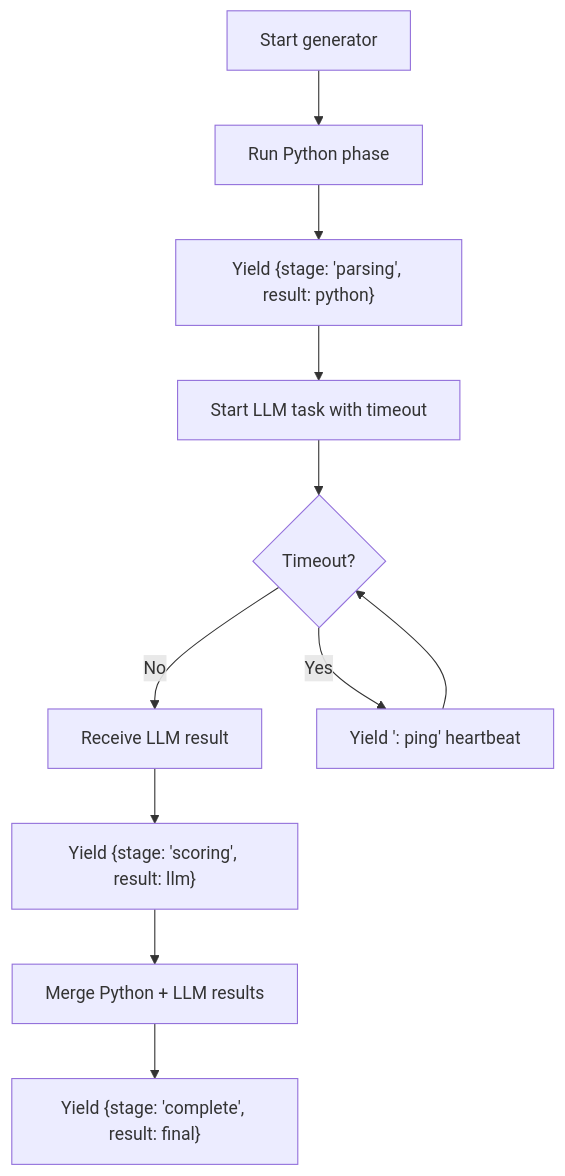
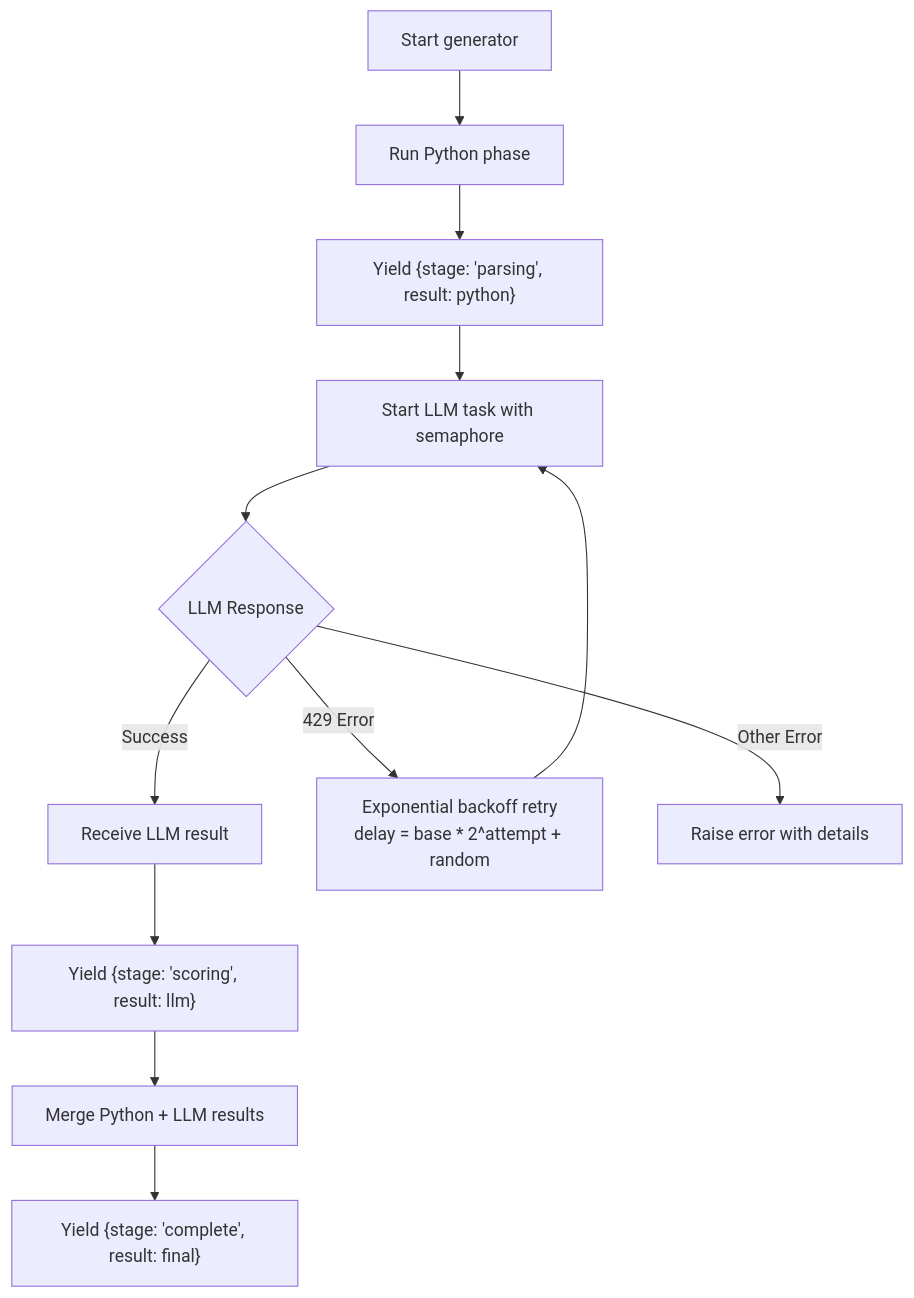
Before and after one commit to Revanththetalogics/aireume: the fourth of 7 diagrams in .qoder/repowiki/en/content/Real-time Processing.md, drawn with Mermaid. The commit also changed other lines of this file and 61 other files, not shown here.

````diff
--- a/.qoder/repowiki/en/content/Real-time Processing.md
+++ b/.qoder/repowiki/en/content/Real-time Processing.md
@@ -163,13 +221,14 @@
 ```mermaid
 flowchart TD
 A["Start generator"] --> B["Run Python phase"]
 B --> C["Yield {stage: 'parsing', result: python}"]
-C --> D["Start LLM task with timeout"]
-D --> E{"Timeout?"}
-E --> |No| F["Receive LLM result"]
-E --> |Yes| G["Yield ': ping' heartbeat"]
-G --> E
-F --> H["Yield {stage: 'scoring', result: llm}"]
-H --> I["Merge Python + LLM results"]
-I --> J["Yield {stage: 'complete', result: final}"]
+C --> D["Start LLM task with semaphore"]
+D --> E{"LLM Response"}
+E --> |Success| F["Receive LLM result"]
+E --> |429 Error| G["Exponential backoff retry<br/>delay = base * 2^attempt + random"]
+G --> D
+E --> |Other Error| H["Raise error with details"]
+F --> I["Yield {stage: 'scoring', result: llm}"]
+I --> J["Merge Python + LLM results"]
+J --> K["Yield {stage: 'complete', result: final}"]
 ```
````
